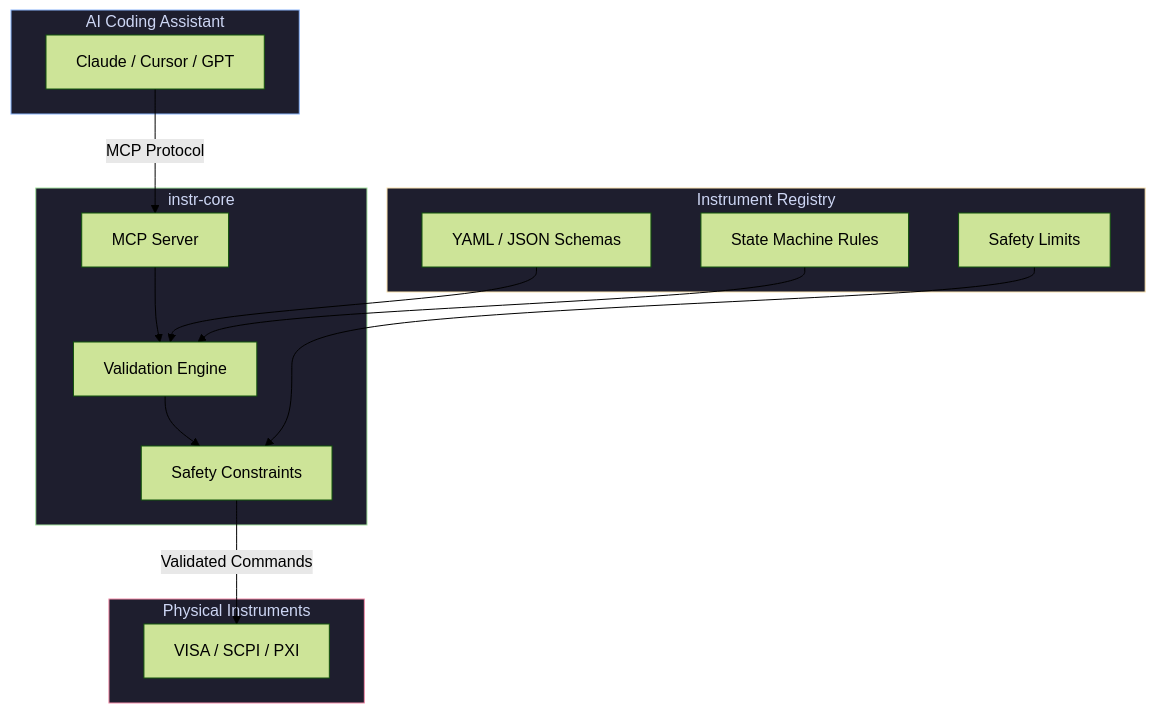
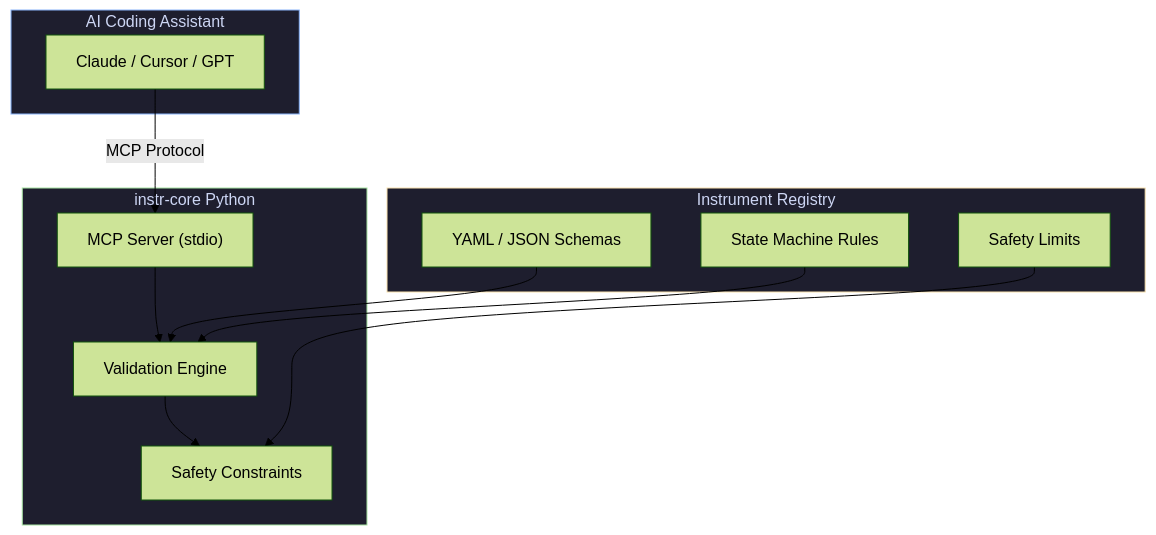
Before and after one commit to RainfallMax/instr-core: the first of 2 diagrams in README.md, drawn with Mermaid (forest theme). The commit also changed other lines of this file and 72 other files, not shown here.

````diff
--- a/README.md
+++ b/README.md
@@ -64,35 +67,29 @@
 ```mermaid
 flowchart TD
     subgraph IDE["AI Coding Assistant"]
         A["Claude / Cursor / GPT"]
     end
 
-    subgraph CORE["instr-core"]
-        B["MCP Server"]
+    subgraph CORE["instr-core Python"]
+        B["MCP Server (stdio)"]
         C["Validation Engine"]
         D["Safety Constraints"]
     end
 
     subgraph REG["Instrument Registry"]
         E["YAML / JSON Schemas"]
         F["State Machine Rules"]
         G["Safety Limits"]
     end
 
-    subgraph HW["Physical Instruments"]
-        H["VISA / SCPI / PXI"]
-    end
-
     A -->|"MCP Protocol"| B
     B --> C
     C --> D
-    D -->|"Validated Commands"| H
     E --> C
     F --> C
     G --> D
 
     style IDE fill:#1e1e2e,stroke:#89b4fa,color:#cdd6f4
     style CORE fill:#1e1e2e,stroke:#a6e3a1,color:#cdd6f4
     style REG fill:#1e1e2e,stroke:#f9e2af,color:#cdd6f4
-    style HW fill:#1e1e2e,stroke:#f38ba8,color:#cdd6f4
 ```
````
